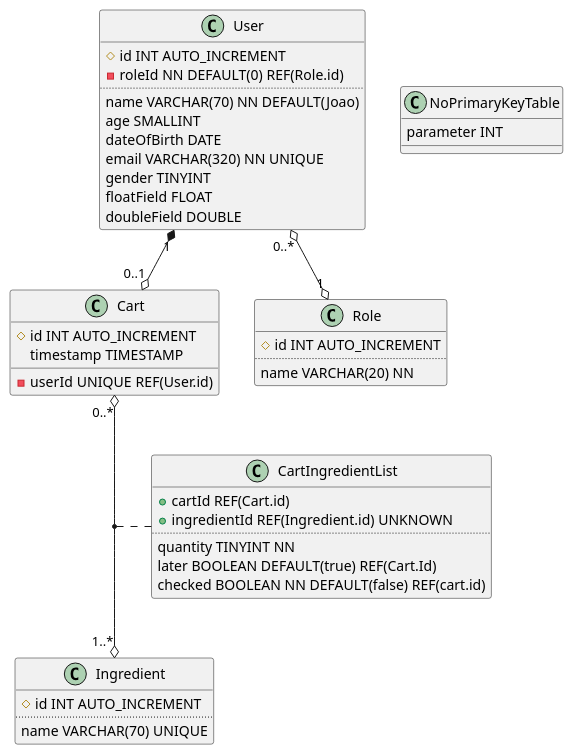
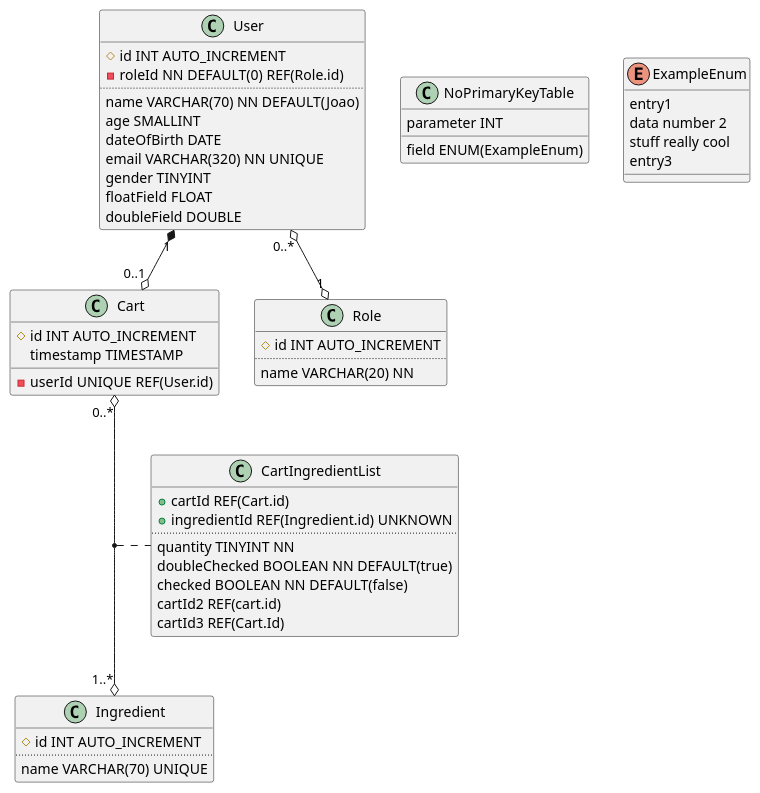
One commit to JWebCoder/plantuml2mysql changed the diagram in test/database.md. Above: the diagram before and after it, drawn with PlantUML. The commit also changed 10 other files, not shown here.

Commit message:
Added support for enum data type, added error logging for duplicated tables and enum definitions

````diff
--- a/test/database.md
+++ b/test/database.md
@@ -1,55 +1,65 @@
 ```plantuml
 @startuml database diagram
   class Cart {
     #id INT AUTO_INCREMENT
     -userId UNIQUE REF(User.id)
     timestamp TIMESTAMP
   }
 
   class CartIngredientList {
     +cartId REF(Cart.id)
     +ingredientId REF(Ingredient.id) UNKNOWN
     ..
     quantity TINYINT NN
-    later BOOLEAN DEFAULT(true) REF(Cart.Id)
-    checked BOOLEAN NN DEFAULT(false) REF(cart.id)
+    doubleChecked BOOLEAN NN DEFAULT(true)
+    checked BOOLEAN NN DEFAULT(false)
+    cartId2 REF(cart.id)
+    cartId3 REF(Cart.Id)
   }
 
   class Ingredient {
     #id INT AUTO_INCREMENT
     ..
     name VARCHAR(70) UNIQUE
   }
   
   class User {
     #id INT AUTO_INCREMENT
     -roleId NN DEFAULT(0) REF(Role.id)
     ..
     name VARCHAR(70) NN DEFAULT(Joao)
     age SMALLINT
     dateOfBirth DATE
     email VARCHAR(320) NN UNIQUE
     gender TINYINT
     floatField FLOAT
     doubleField DOUBLE
   }
   
   class Role {
     #id INT AUTO_INCREMENT
     ..
     name VARCHAR(20) NN
   }
 
   class NoPrimaryKeyTable {
     parameter INT
+    field ENUM(ExampleEnum)
+  }
+
+  enum ExampleEnum {
+    entry1
+    data number 2
+    stuff really cool
+    entry3
   }
   
   User "0..*" o--o "1" Role
 
   User "1" *--o "0..1" Cart
 
   Cart "0..*" o--o "1..*" Ingredient
   (Cart, Ingredient) .. CartIngredientList
 
 @enduml
 ```
````
